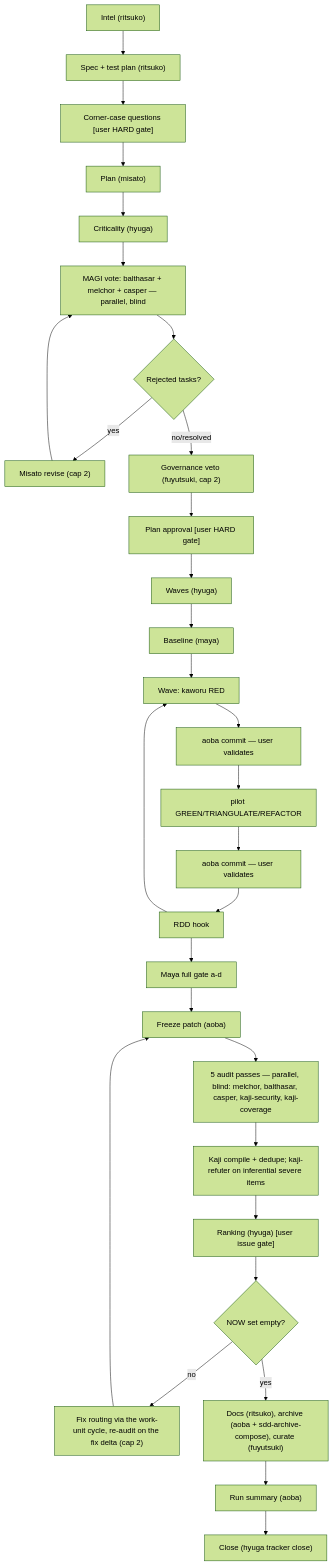
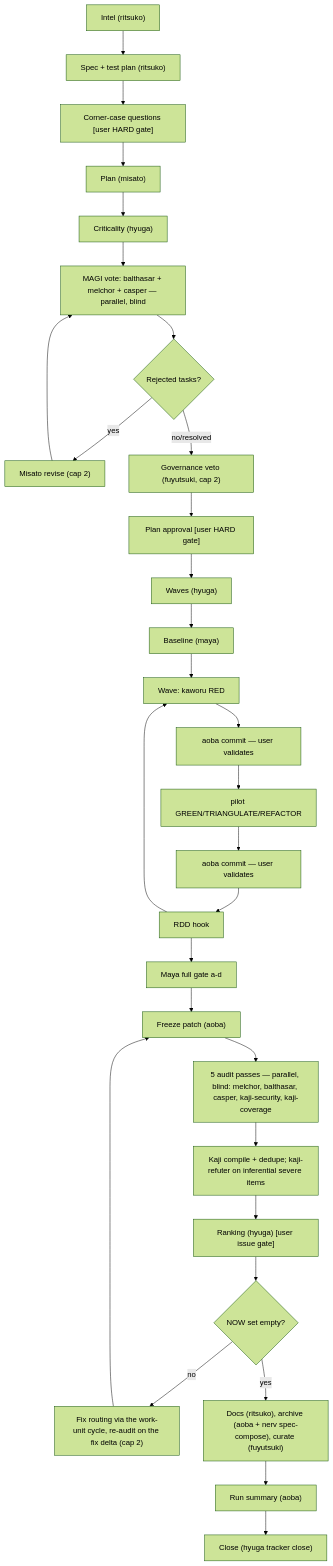
The fifth of 6 diagrams in docs/integration.md (war-apps/nerv-by-gentle-ai), drawn with Mermaid (forest theme) before and after one commit. The commit also changed other lines of this file and 4 other files, not shown here.

Commit message:
docs(plugin): use nerv spec-compose for archive merges

````diff
--- a/docs/integration.md
+++ b/docs/integration.md
@@ -155,32 +155,32 @@
 ```mermaid
 flowchart TB
     A["Intel (ritsuko)"] --> B["Spec + test plan (ritsuko)"]
     B --> C["Corner-case questions [user HARD gate]"]
     C --> D["Plan (misato)"]
     D --> E["Criticality (hyuga)"]
     E --> F["MAGI vote: balthasar + melchor + casper — parallel, blind"]
     F --> G{"Rejected tasks?"}
     G -- yes --> H["Misato revise (cap 2)"]
     H --> F
     G -- no/resolved --> I["Governance veto (fuyutsuki, cap 2)"]
     I --> J["Plan approval [user HARD gate]"]
     J --> K["Waves (hyuga)"]
     K --> L["Baseline (maya)"]
     L --> M["Wave: kaworu RED"]
     M --> N["aoba commit — user validates"]
     N --> O["pilot GREEN/TRIANGULATE/REFACTOR"]
     O --> P["aoba commit — user validates"]
     P --> Q["RDD hook"]
     Q --> M
     Q --> R["Maya full gate a-d"]
     R --> S1["Freeze patch (aoba)"]
     S1 --> S2["5 audit passes — parallel, blind: melchor, balthasar, casper, kaji-security, kaji-coverage"]
     S2 --> S3["Kaji compile + dedupe; kaji-refuter on inferential severe items"]
     S3 --> S4["Ranking (hyuga) [user issue gate]"]
     S4 --> S5{"NOW set empty?"}
     S5 -- no --> S6["Fix routing via the work-unit cycle, re-audit on the fix delta (cap 2)"]
     S6 --> S1
-    S5 -- yes --> S7["Docs (ritsuko), archive (aoba + sdd-archive-compose), curate (fuyutsuki)"]
+    S5 -- yes --> S7["Docs (ritsuko), archive (aoba + nerv spec-compose), curate (fuyutsuki)"]
     S7 --> T["Run summary (aoba)"]
     T --> U["Close (hyuga tracker close)"]
 ```
````
